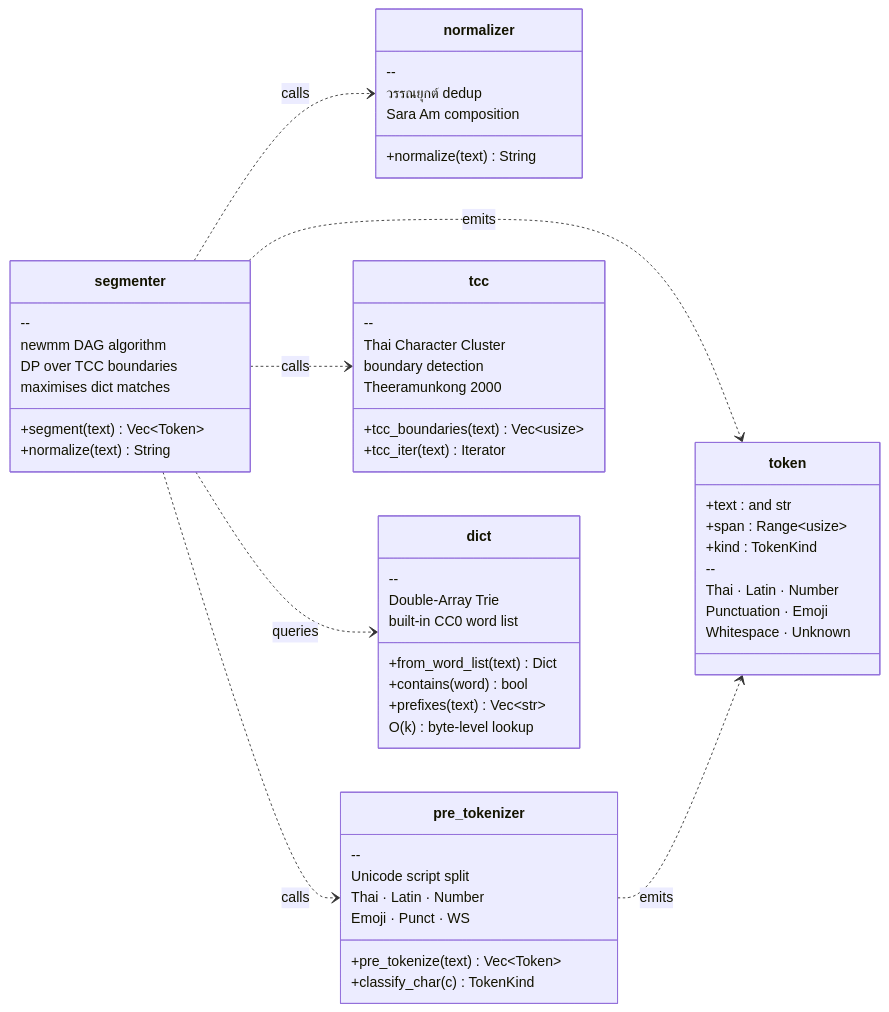
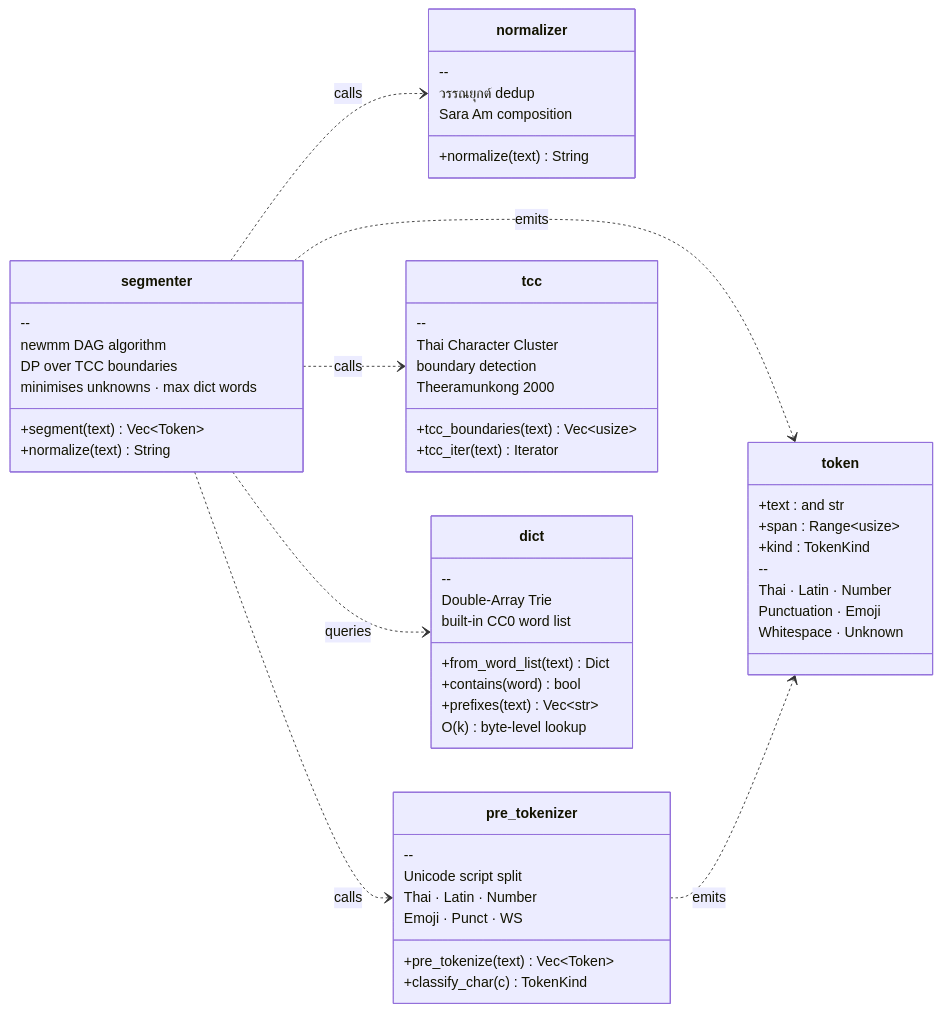
One commit to preedep/kham changed the second of 5 diagrams in README.md. Above: the diagram before and after it, drawn with Mermaid. The commit also changed other lines of this file, not shown here.

````diff
--- a/README.md
+++ b/README.md
@@ -196,65 +196,65 @@
 ```mermaid
 classDiagram
     direction LR
 
     class normalizer {
         +normalize(text) String
         --
         วรรณยุกต์ dedup
         Sara Am composition
     }
 
     class pre_tokenizer {
         +pre_tokenize(text) Vec~Token~
         +classify_char(c) TokenKind
         --
         Unicode script split
         Thai · Latin · Number
         Emoji · Punct · WS
     }
 
     class tcc {
         +tcc_boundaries(text) Vec~usize~
         +tcc_iter(text) Iterator
         --
         Thai Character Cluster
         boundary detection
         Theeramunkong 2000
     }
 
     class dict {
         +from_word_list(text) Dict
         +contains(word) bool
         +prefixes(text) Vec~str~
         --
         Double-Array Trie
         O(k) byte-level lookup
         built-in CC0 word list
     }
 
     class segmenter {
         +segment(text) Vec~Token~
         +normalize(text) String
         --
         newmm DAG algorithm
         DP over TCC boundaries
-        maximises dict matches
+        minimises unknowns · max dict words
     }
 
     class token {
         +text : and str
         +span : Range~usize~
         +kind : TokenKind
         --
         Thai · Latin · Number
         Punctuation · Emoji
         Whitespace · Unknown
     }
 
     segmenter ..> normalizer : calls
     segmenter ..> pre_tokenizer : calls
     segmenter ..> tcc : calls
     segmenter ..> dict : queries
     segmenter ..> token : emits
     pre_tokenizer ..> token : emits
 ```
````
